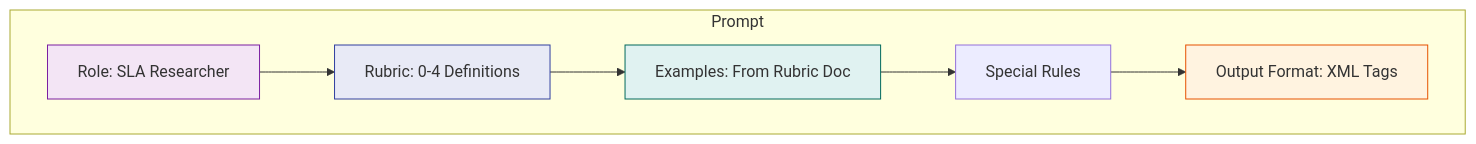
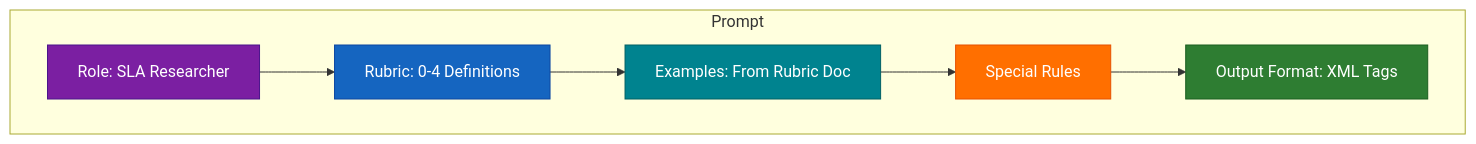
One commit to jbanmol/autoEIT-audio-transcription-jbanmol9 changed the second of 2 diagrams in test2_scoring/README.md. Above: the diagram before and after it, drawn with Mermaid. The commit also changed other lines of this file and 1 other file, not shown here.

Commit message:
docs: improve Mermaid diagram colors for better visibility

````diff
--- a/test2_scoring/README.md
+++ b/test2_scoring/README.md
@@ -125,20 +129,21 @@
 ```mermaid
 graph TB
     subgraph Prompt
-        A[Role: SLA Researcher]
-        B[Rubric: 0-4 Definitions]
-        C[Examples: From Rubric Doc]
-        D[Special Rules]
-        E[Output Format: XML Tags]
+        A["Role: SLA Researcher"]
+        B["Rubric: 0-4 Definitions"]
+        C["Examples: From Rubric Doc"]
+        D["Special Rules"]
+        E["Output Format: XML Tags"]
     end
     
     A --> B
     B --> C
     C --> D
     D --> E
     
-    style A fill:#f3e5f5,stroke:#7b1fa2
-    style B fill:#e8eaf6,stroke:#303f9f
-    style C fill:#e0f2f1,stroke:#00695c
-    style E fill:#fff3e0,stroke:#e65100
+    style A fill:#7B1FA2,stroke:#4A148C,color:#fff
+    style B fill:#1565C0,stroke:#0D47A1,color:#fff
+    style C fill:#00838F,stroke:#006064,color:#fff
+    style D fill:#FF6F00,stroke:#E65100,color:#fff
+    style E fill:#2E7D32,stroke:#1B5E20,color:#fff
 ```
````
